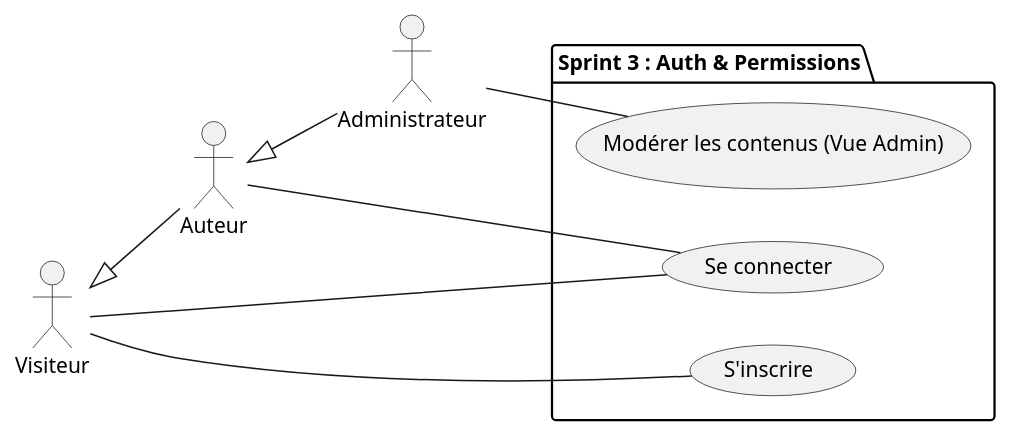
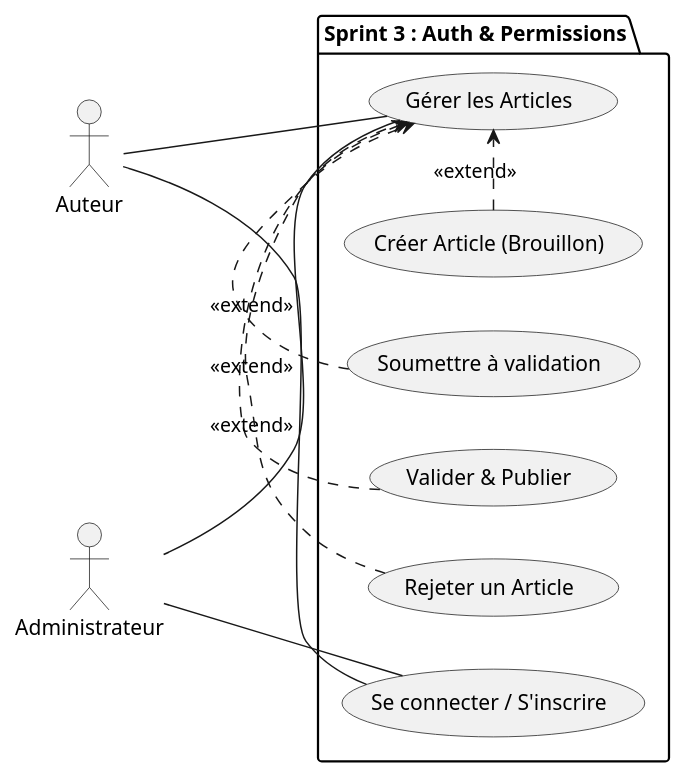
The diagram in 04_sprints/Sprint-03-Auth/sprint-03-auth.puml (labs-web/mvp-blog-2026), drawn with PlantUML before and after one commit. The commit also changed 11 other files, not shown here.

Commit message:
feat: Introduce detailed sprint planning, use case diagrams for admin, auth, and comments, and update README.

```diff
--- a/04_sprints/Sprint-03-Auth/sprint-03-auth.puml
+++ b/04_sprints/Sprint-03-Auth/sprint-03-auth.puml
@@ -1,21 +1,29 @@
 @startuml
 left to right direction
-actor "Visiteur" as Guest
 actor "Auteur" as Author
 actor "Administrateur" as Admin
-
-Guest <|-- Author
-Author <|-- Admin
-
 package "Sprint 3 : Auth & Permissions" {
-  usecase "S'inscrire" as UC_Register
-  usecase "Se connecter" as UC_Login
-  usecase "Modérer les contenus (Vue Admin)" as UC_Moderate
+  usecase "Se connecter / S'inscrire" as UC_Auth
+  
+  usecase "Gérer les Articles" as UC_Manage
+  
+  ' Workflow Article (Extensions)
+  usecase "Créer Article (Brouillon)" as UC_Create
+  usecase "Soumettre à validation" as UC_Submit
+  usecase "Valider & Publier" as UC_Publish
+  usecase "Rejeter un Article" as UC_Reject
 }
 
-Guest -- UC_Register
-Guest -- UC_Login
+' Relations
+UC_Create .> UC_Manage : <<extend>>
+UC_Submit .> UC_Manage : <<extend>>
+UC_Publish .> UC_Manage : <<extend>>
+UC_Reject .> UC_Manage : <<extend>>
 
-Author -- UC_Login
-Admin -- UC_Moderate
+' Acteurs
+Author -- UC_Auth
+Author -- UC_Manage
+
+Admin -- UC_Auth
+Admin -- UC_Manage
 @enduml
```
